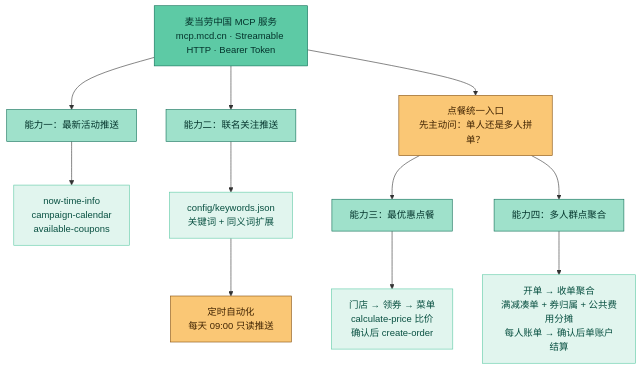
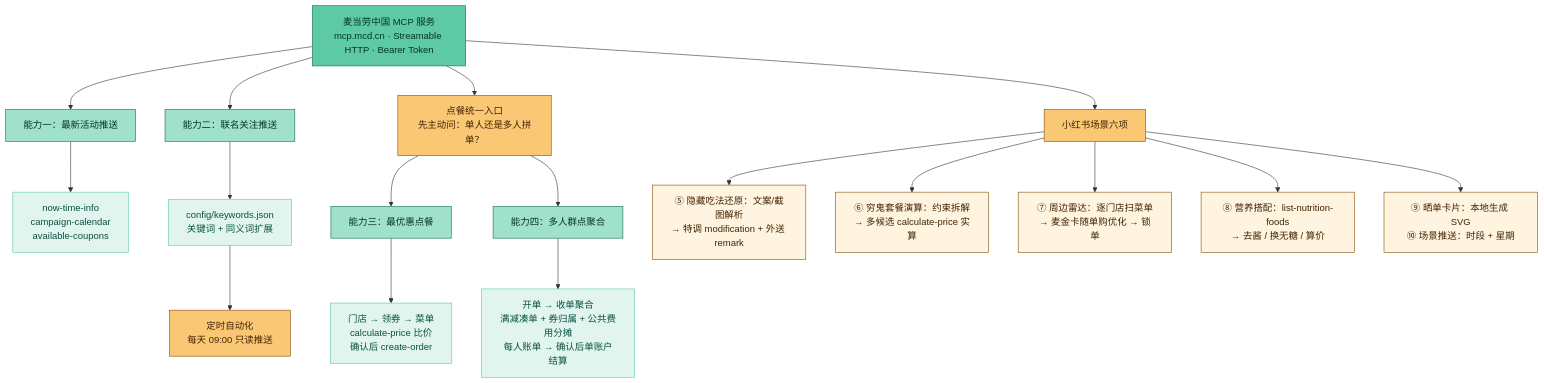
Before and after one commit to junxchan54-maker/mcd-cn-assistant: the diagram in README.md, drawn with Mermaid. The commit also changed other lines of this file and 7 other files, not shown here.

````diff
--- a/README.md
+++ b/README.md
@@ -50,25 +68,37 @@
 ```mermaid
 flowchart TD
     A["麦当劳中国 MCP 服务<br/>mcp.mcd.cn · Streamable HTTP · Bearer Token"]
     A --> B1["能力一：最新活动推送"]
     A --> B2["能力二：联名关注推送"]
     A --> G["点餐统一入口<br/>先主动问：单人还是多人拼单？"]
     G --> B3["能力三：最优惠点餐"]
     G --> B4["能力四：多人群点聚合"]
     B1 --> C1["now-time-info<br/>campaign-calendar<br/>available-coupons"]
     B2 --> C2["config/keywords.json<br/>关键词 + 同义词扩展"]
     B3 --> C3["门店 → 领券 → 菜单<br/>calculate-price 比价<br/>确认后 create-order"]
     B4 --> C4["开单 → 收单聚合<br/>满减凑单 + 券归属 + 公共费用分摊<br/>每人账单 → 确认后单账户结算"]
     C2 --> D["定时自动化<br/>每天 09:00 只读推送"]
+    A --> E1["小红书场景六项"]
+    E1 --> E2["⑤ 隐藏吃法还原：文案/截图解析<br/>→ 特调 modification + 外送 remark"]
+    E1 --> E3["⑥ 穷鬼套餐演算：约束拆解<br/>→ 多候选 calculate-price 实算"]
+    E1 --> E4["⑦ 周边雷达：逐门店扫菜单<br/>→ 麦金卡随单购优化 → 锁单"]
+    E1 --> E5["⑧ 营养搭配：list-nutrition-foods<br/>→ 去酱 / 换无糖 / 算价"]
+    E1 --> E6["⑨ 晒单卡片：本地生成 SVG<br/>⑩ 场景推送：时段 + 星期"]
     style A fill:#5DCAA5,stroke:#0F6E56,color:#04342C
     style G fill:#FAC775,stroke:#854F0B,color:#412402
     style B1 fill:#9FE1CB,stroke:#0F6E56,color:#04342C
     style B2 fill:#9FE1CB,stroke:#0F6E56,color:#04342C
     style B3 fill:#9FE1CB,stroke:#0F6E56,color:#04342C
     style B4 fill:#9FE1CB,stroke:#0F6E56,color:#04342C
+    style E1 fill:#FAC775,stroke:#854F0B,color:#412402
+    style E2 fill:#FFF4E0,stroke:#854F0B,color:#412402
+    style E3 fill:#FFF4E0,stroke:#854F0B,color:#412402
+    style E4 fill:#FFF4E0,stroke:#854F0B,color:#412402
+    style E5 fill:#FFF4E0,stroke:#854F0B,color:#412402
+    style E6 fill:#FFF4E0,stroke:#854F0B,color:#412402
     style C1 fill:#E1F5EE,stroke:#5DCAA5,color:#085041
     style C2 fill:#E1F5EE,stroke:#5DCAA5,color:#085041
     style C3 fill:#E1F5EE,stroke:#5DCAA5,color:#085041
     style C4 fill:#E1F5EE,stroke:#5DCAA5,color:#085041
     style D fill:#FAC775,stroke:#854F0B,color:#412402
 ```
````
